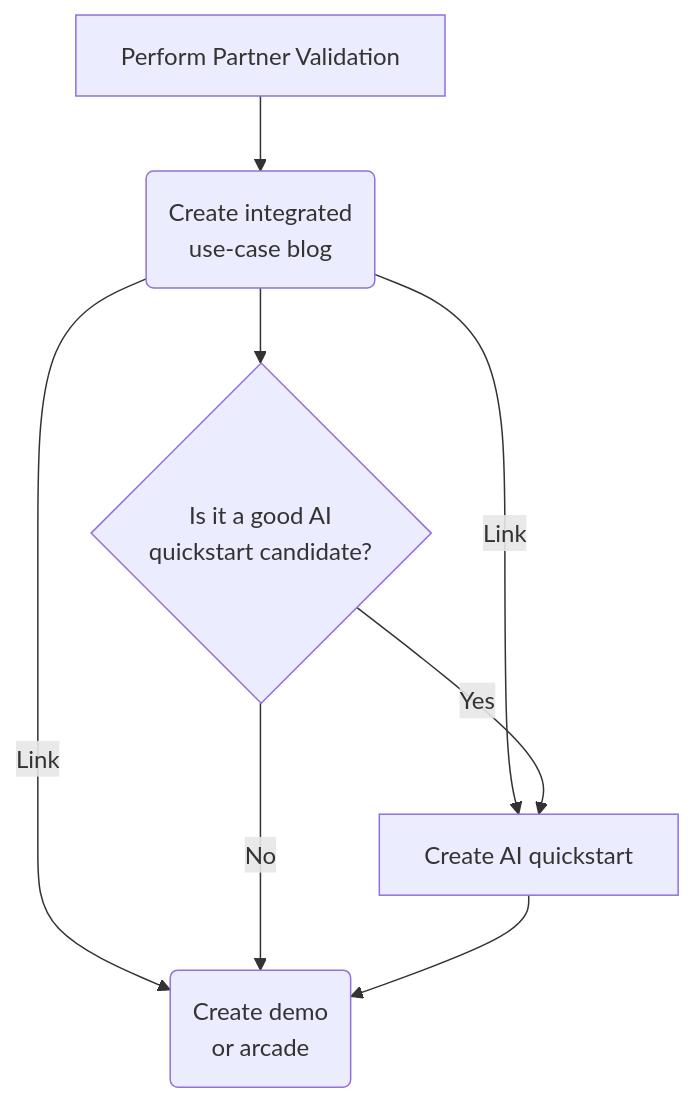
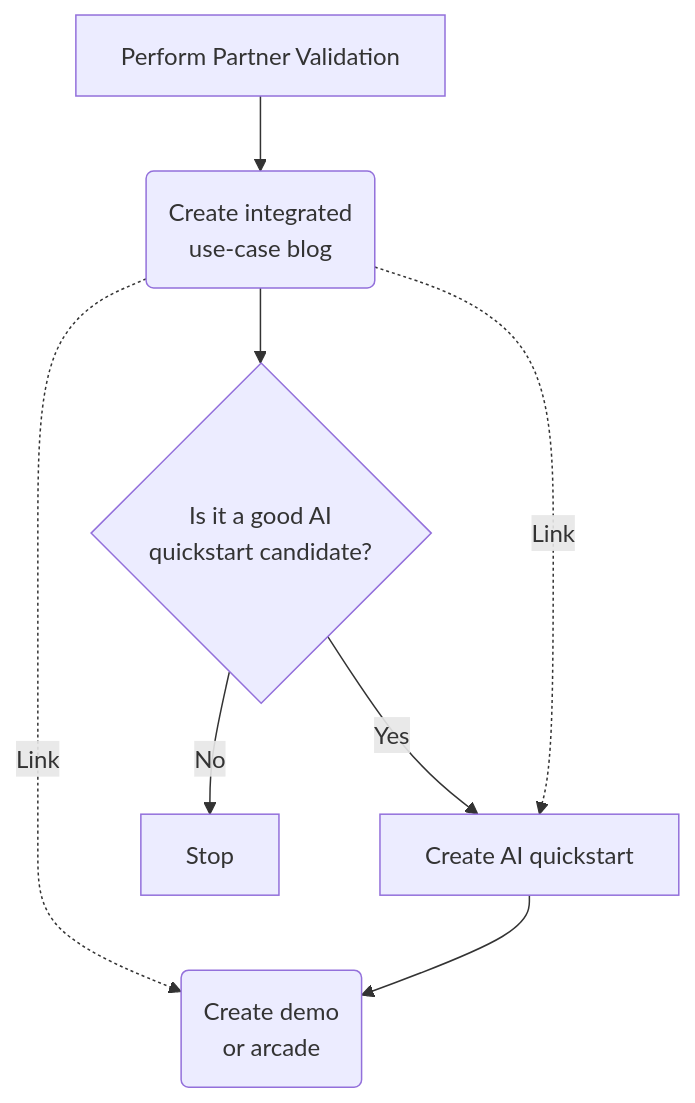
One commit to seanmerrow/homelab changed the diagram in README.md. Above: the diagram before and after it, drawn with Mermaid.

Commit message:
Update flowchart links in README.md

````diff
--- a/README.md
+++ b/README.md
@@ -3,10 +3,10 @@
 ```mermaid
 flowchart TD
     A[Perform Partner Validation] -->B("Create integrated\nuse-case blog")
     B --> C{"Is it a good AI\nquickstart candidate?"}
-    B -->|Link| D
-    B -->|Link| E
+    B -.->|Link| F
     C -->|Yes| D[Create AI quickstart]
+    B -.->|Link| D
     C -->|No| E[Stop]
-    D --> E("Create demo\nor arcade")
+    D --> F("Create demo\nor arcade")
 ```
````
